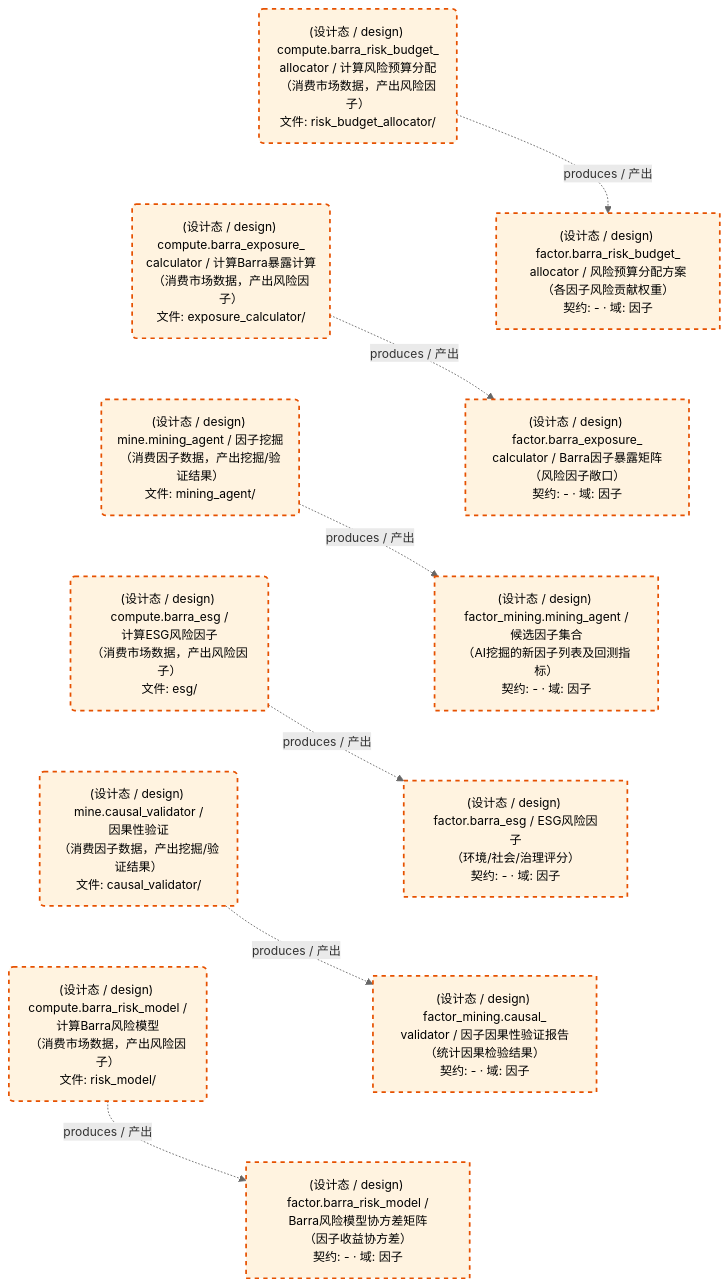
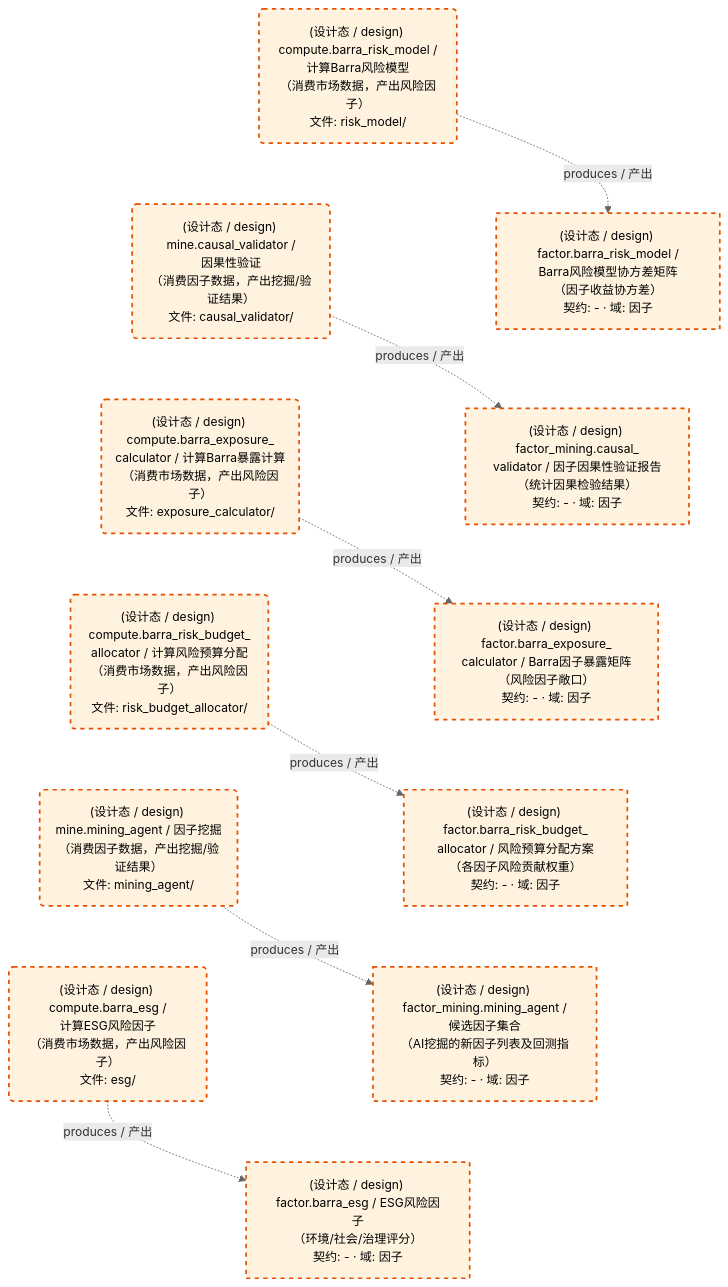
Before and after one commit to xuanFelixVan/ZephyrAlpha: the second of 2 diagrams in docs/02_enterprise_architecture/05_dataflow_architecture/d_factor_barra_mine.md, drawn with Mermaid. The commit also changed other lines of this file and 106 other files, not shown here.

````diff
--- a/docs/02_enterprise_architecture/05_dataflow_architecture/d_factor_barra_mine.md
+++ b/docs/02_enterprise_architecture/05_dataflow_architecture/d_factor_barra_mine.md
@@ -95,37 +95,37 @@
 ```mermaid
 %%{init: {'theme': 'base', 'themeVariables': {'primaryColor': '#eaeaea', 'primaryTextColor': '#333333', 'primaryBorderColor': '#666666', 'lineColor': '#666666', 'secondaryColor': '#eaeaea', 'tertiaryColor': '#eaeaea', 'clusterBkg': 'transparent', 'clusterBorder': 'transparent', 'fontSize': '14px'}}}%%
 flowchart TD
     DS11239["(设计态 / design) factor.barra_esg / ESG风险因子<br/>（环境/社会/治理评分）<br/>契约: - · 域: 因子"]
     DS11240["(设计态 / design) factor.barra_exposure_<br/>calculator / Barra因子暴露矩阵<br/>（风险因子敞口）<br/>契约: - · 域: 因子"]
     DS11241["(设计态 / design) factor.barra_risk_budget_<br/>allocator / 风险预算分配方案<br/>（各因子风险贡献权重）<br/>契约: - · 域: 因子"]
     DS11242["(设计态 / design) factor.barra_risk_model /<br/>Barra风险模型协方差矩阵<br/>（因子收益协方差）<br/>契约: - · 域: 因子"]
     DS11243["(设计态 / design) factor_mining.causal_<br/>validator / 因子因果性验证报告<br/>（统计因果检验结果）<br/>契约: - · 域: 因子"]
     DS11244["(设计态 / design) factor_mining.mining_agent /<br/>候选因子集合<br/>（AI挖掘的新因子列表及回测指标）<br/>契约: - · 域: 因子"]
     JOB757603("(设计态 / design) compute.barra_esg /<br/>计算ESG风险因子<br/>（消费市场数据，产出风险因子）<br/>文件: esg/")
     JOB757604("(设计态 / design) compute.barra_exposure_<br/>calculator / 计算Barra暴露计算<br/>（消费市场数据，产出风险因子）<br/>文件: exposure_calculator/")
     JOB757605("(设计态 / design) compute.barra_risk_budget_<br/>allocator / 计算风险预算分配<br/>（消费市场数据，产出风险因子）<br/>文件: risk_budget_allocator/")
     JOB757606("(设计态 / design) compute.barra_risk_model /<br/>计算Barra风险模型<br/>（消费市场数据，产出风险因子）<br/>文件: risk_model/")
     JOB757607("(设计态 / design) mine.causal_validator /<br/>因果性验证<br/>（消费因子数据，产出挖掘/验证结果）<br/>文件: causal_validator/")
     JOB757608("(设计态 / design) mine.mining_agent / 因子挖掘<br/>（消费因子数据，产出挖掘/验证结果）<br/>文件: mining_agent/")
     JOB757603 -.->|produces / 产出| DS11239
     JOB757604 -.->|produces / 产出| DS11240
     JOB757605 -.->|produces / 产出| DS11241
     JOB757606 -.->|produces / 产出| DS11242
     JOB757607 -.->|produces / 产出| DS11243
     JOB757608 -.->|produces / 产出| DS11244
-    JOB757605 ~~~ JOB757604
-    JOB757604 ~~~ JOB757608
+    JOB757606 ~~~ JOB757607
+    JOB757607 ~~~ JOB757604
+    JOB757604 ~~~ JOB757605
+    JOB757605 ~~~ JOB757608
     JOB757608 ~~~ JOB757603
-    JOB757603 ~~~ JOB757607
-    JOB757607 ~~~ JOB757606
-    DS11241 ~~~ DS11240
-    DS11240 ~~~ DS11244
+    DS11242 ~~~ DS11243
+    DS11243 ~~~ DS11240
+    DS11240 ~~~ DS11241
+    DS11241 ~~~ DS11244
     DS11244 ~~~ DS11239
-    DS11239 ~~~ DS11243
-    DS11243 ~~~ DS11242
     classDef production fill:#e1f5fe,stroke:#01579b,stroke-width:2px,color:#000
     classDef design fill:#fff3e0,stroke:#e65100,stroke-width:2px,color:#000,stroke-dasharray: 5 5
     classDef external_prod fill:#e8f4fd,stroke:#0277bd,stroke-width:1px,color:#000
     classDef external_design fill:#fff8e7,stroke:#ef6c00,stroke-width:1px,color:#000,stroke-dasharray: 5 5
     class DS11239,DS11240,DS11241,DS11242,DS11243,DS11244,JOB757603,JOB757604,JOB757605,JOB757606,JOB757607,JOB757608 design
 ```
````
